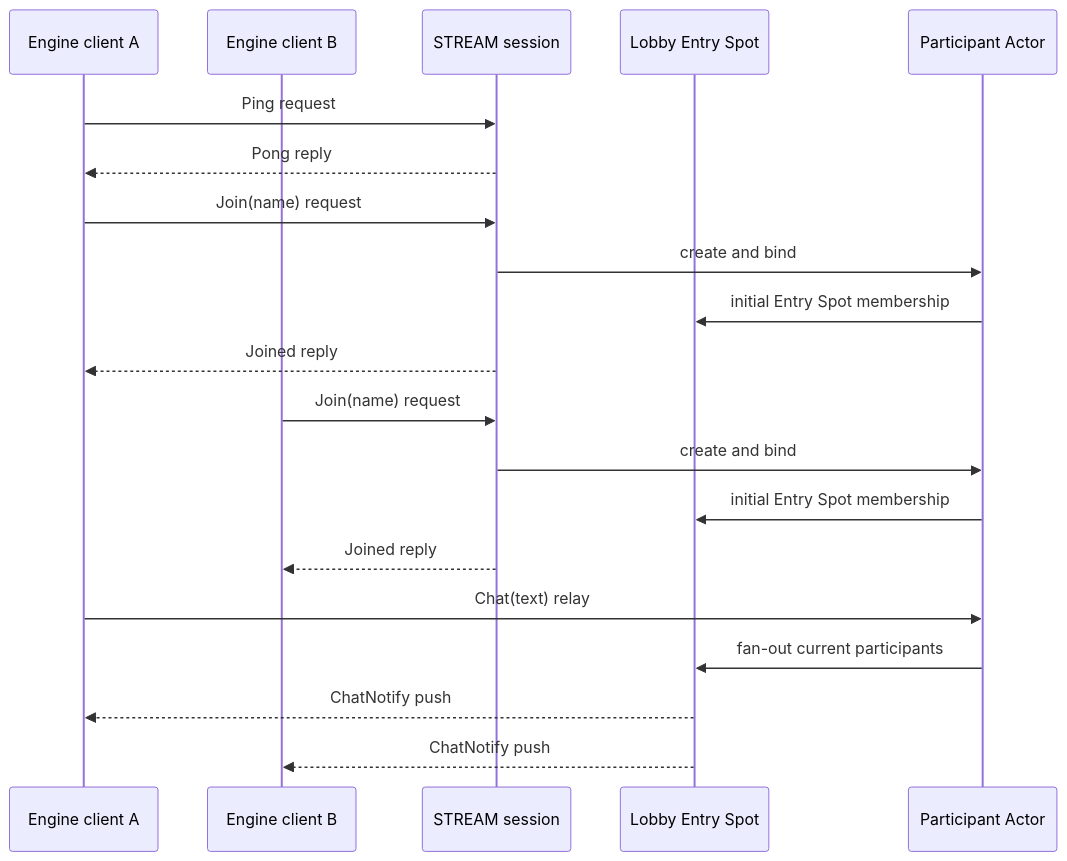
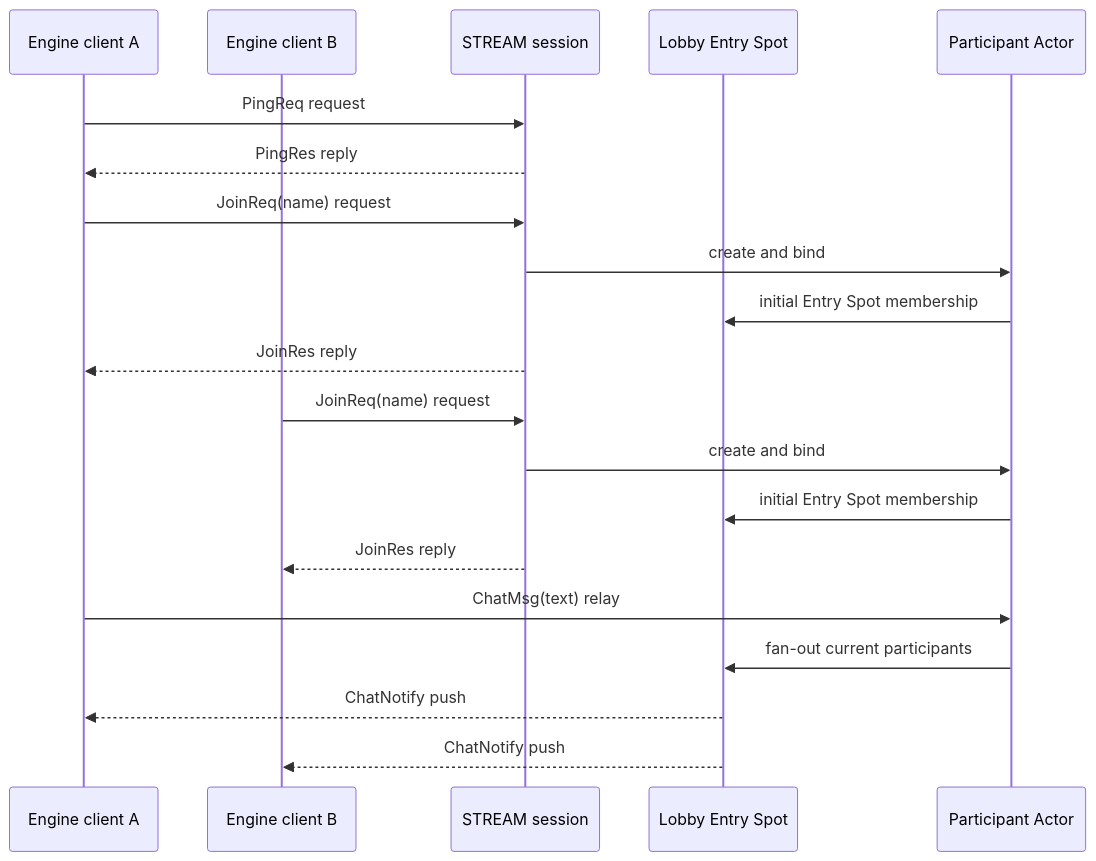
Before and after one commit to zlink-systems/zlink: the second of 2 diagrams in framework/doc/framework/common/sample/engine-lobby/README.ko.md, drawn with Mermaid. The commit also changed other lines of this file and 17 other files, not shown here.

````diff
--- a/framework/doc/framework/common/sample/engine-lobby/README.ko.md
+++ b/framework/doc/framework/common/sample/engine-lobby/README.ko.md
@@ -115,23 +118,23 @@
 ```mermaid
 sequenceDiagram
     participant A as Engine client A
     participant B as Engine client B
     participant S as STREAM session
     participant L as Lobby Entry Spot
     participant P as Participant Actor
 
-    A->>S: Ping request
-    S-->>A: Pong reply
-    A->>S: Join(name) request
+    A->>S: PingReq request
+    S-->>A: PingRes reply
+    A->>S: JoinReq(name) request
     S->>P: create and bind
     P->>L: initial Entry Spot membership
-    S-->>A: Joined reply
-    B->>S: Join(name) request
+    S-->>A: JoinRes reply
+    B->>S: JoinReq(name) request
     S->>P: create and bind
     P->>L: initial Entry Spot membership
-    S-->>B: Joined reply
-    A->>P: Chat(text) relay
+    S-->>B: JoinRes reply
+    A->>P: ChatMsg(text) relay
     P->>L: fan-out current participants
     L-->>A: ChatNotify push
     L-->>B: ChatNotify push
 ```
````
